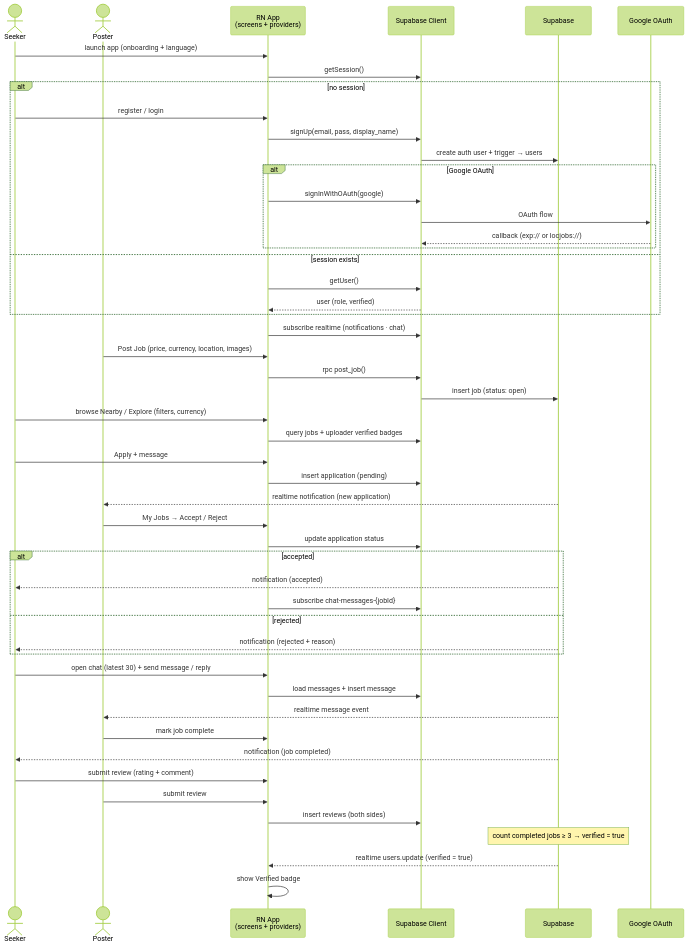
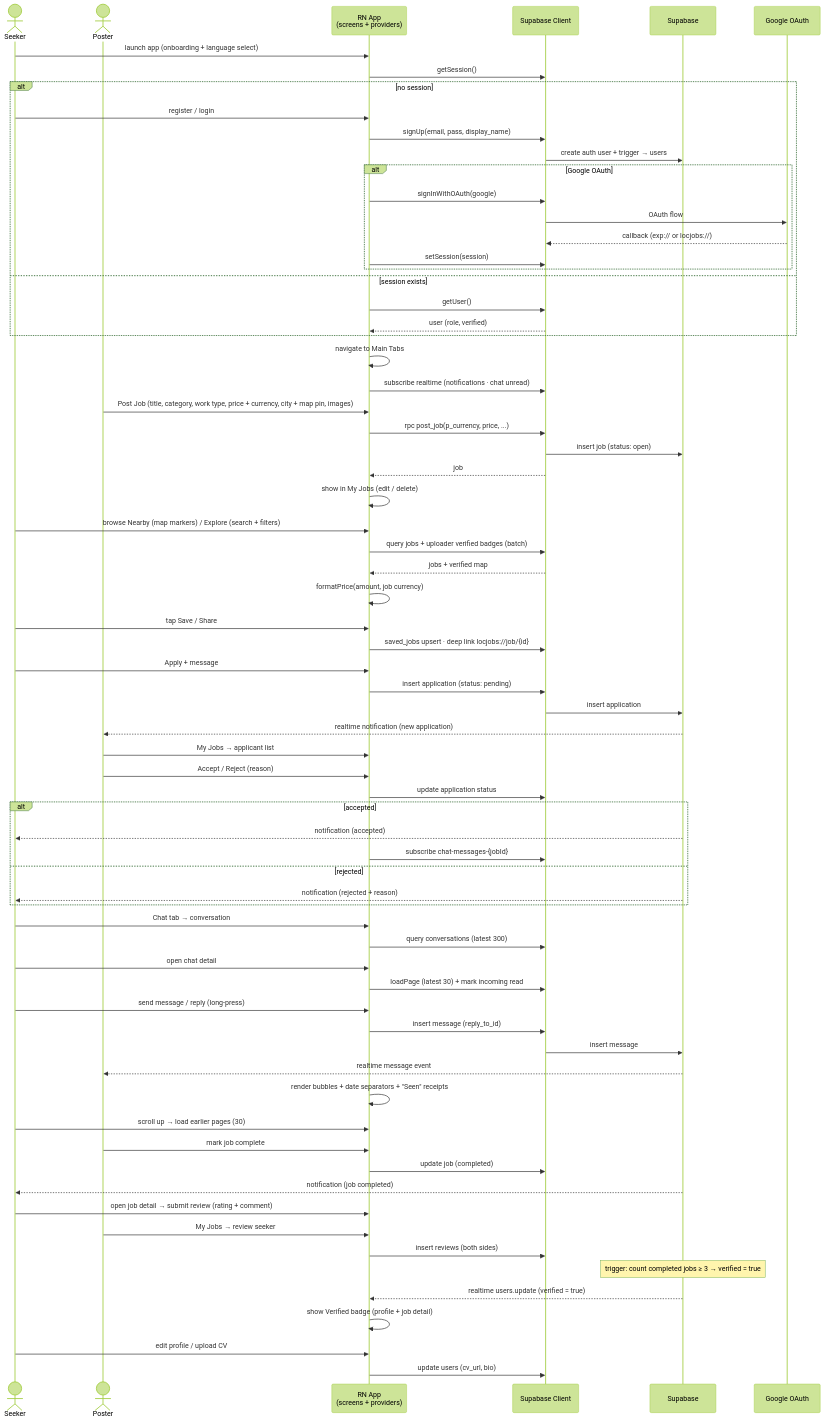
Before and after one commit to phyothant-dev/loc-jobs: the fourth of 5 diagrams in DIAGRAMS.md, drawn with Mermaid (forest theme). The commit also changed other lines of this file and 1 other file, not shown here.

Commit message:
docs: expand sequence diagram to one detailed full-flow diagram

````diff
--- a/DIAGRAMS.md
+++ b/DIAGRAMS.md
@@ -332,55 +332,77 @@
 ```mermaid
 sequenceDiagram
     actor Seeker
     actor Poster
     participant APP as RN App<br/>(screens + providers)
     participant API as Supabase Client
     participant SB as Supabase
     participant G as Google OAuth
 
-    Seeker->>APP: launch app (onboarding + language)
+    Seeker->>APP: launch app (onboarding + language select)
     APP->>API: getSession()
     alt no session
         Seeker->>APP: register / login
         APP->>API: signUp(email, pass, display_name)
         API->>SB: create auth user + trigger → users
         alt Google OAuth
             APP->>API: signInWithOAuth(google)
             API->>G: OAuth flow
             G-->>API: callback (exp:// or locjobs://)
+            APP->>API: setSession(session)
         end
     else session exists
         APP->>API: getUser()
         API-->>APP: user (role, verified)
     end
-    APP->>API: subscribe realtime (notifications · chat)
+    APP->>APP: navigate to Main Tabs
+    APP->>API: subscribe realtime (notifications · chat unread)
 
-    Poster->>APP: Post Job (price, currency, location, images)
-    APP->>API: rpc post_job()
+    Poster->>APP: Post Job (title, category, work type, price + currency, city + map pin, images)
+    APP->>API: rpc post_job(p_currency, price, ...)
     API->>SB: insert job (status: open)
-    Seeker->>APP: browse Nearby / Explore (filters, currency)
-    APP->>API: query jobs + uploader verified badges
+    API-->>APP: job
+    APP->>APP: show in My Jobs (edit / delete)
+
+    Seeker->>APP: browse Nearby (map markers) / Explore (search + filters)
+    APP->>API: query jobs + uploader verified badges (batch)
+    API-->>APP: jobs + verified map
+    APP->>APP: formatPrice(amount, job currency)
+    Seeker->>APP: tap Save / Share
+    APP->>API: saved_jobs upsert · deep link locjobs://job/{id}
     Seeker->>APP: Apply + message
-    APP->>API: insert application (pending)
+    APP->>API: insert application (status: pending)
+    API->>SB: insert application
     SB-->>Poster: realtime notification (new application)
-    Poster->>APP: My Jobs → Accept / Reject
+    Poster->>APP: My Jobs → applicant list
+    Poster->>APP: Accept / Reject (reason)
     APP->>API: update application status
     alt accepted
         SB-->>Seeker: notification (accepted)
         APP->>API: subscribe chat-messages-{jobId}
     else rejected
         SB-->>Seeker: notification (rejected + reason)
     end
 
-    Seeker->>APP: open chat (latest 30) + send message / reply
-    APP->>API: load messages + insert message
+    Seeker->>APP: Chat tab → conversation
+    APP->>API: query conversations (latest 300)
+    Seeker->>APP: open chat detail
+    APP->>API: loadPage (latest 30) + mark incoming read
+    Seeker->>APP: send message / reply (long-press)
+    APP->>API: insert message (reply_to_id)
+    API->>SB: insert message
     SB-->>Poster: realtime message event
+    APP->>APP: render bubbles + date separators + "Seen" receipts
+    Seeker->>APP: scroll up → load earlier pages (30)
+
     Poster->>APP: mark job complete
+    APP->>API: update job (completed)
     SB-->>Seeker: notification (job completed)
-    Seeker->>APP: submit review (rating + comment)
-    Poster->>APP: submit review
+    Seeker->>APP: open job detail → submit review (rating + comment)
+    Poster->>APP: My Jobs → review seeker
     APP->>API: insert reviews (both sides)
-    Note over SB: count completed jobs ≥ 3 → verified = true
+    Note over SB: trigger: count completed jobs ≥ 3 → verified = true
     SB-->>APP: realtime users.update (verified = true)
-    APP->>APP: show Verified badge
+    APP->>APP: show Verified badge (profile + job detail)
+    Seeker->>APP: edit profile / upload CV
+    APP->>API: update users (cv_url, bio)
 ```
````
